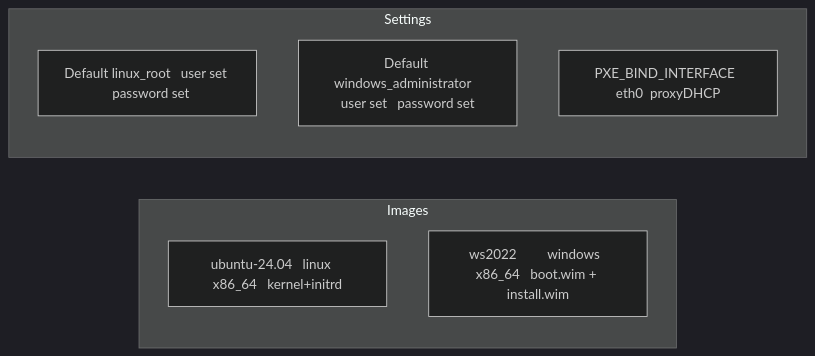
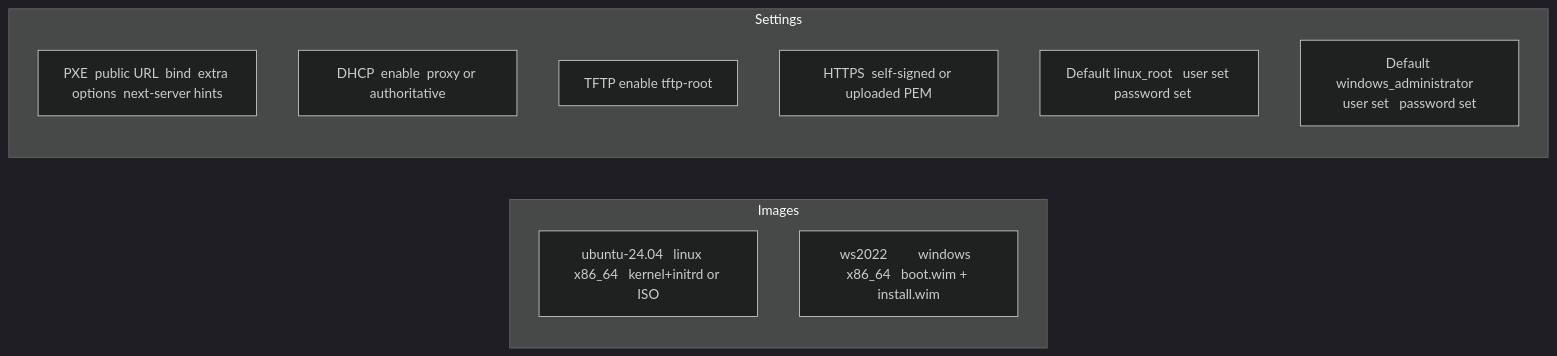
Diagram 14 of 24 in ARCHITECTURE.md (hometinker12/home-lab-pxe), drawn with Mermaid (dark theme) before and after one commit. The commit also changed other lines of this file and 47 other files, not shown here.

First line of the commit message:
Ship console DHCP, images, HTTPS, and Docker Hub publish

````diff
--- a/ARCHITECTURE.md
+++ b/ARCHITECTURE.md
@@ -304,12 +313,15 @@
 ```mermaid
 flowchart LR
   subgraph images["Images"]
-    Limg["ubuntu-24.04   linux    x86_64   kernel+initrd"]
+    Limg["ubuntu-24.04   linux    x86_64   kernel+initrd or ISO"]
     Wimg["ws2022         windows  x86_64   boot.wim + install.wim"]
   end
   subgraph settings["Settings"]
+    Pxe["PXE  public URL  bind  extra options  next-server hints"]
+    Dhcp["DHCP  enable  proxy or authoritative"]
+    Tftp["TFTP  enable  tftp-root"]
+    Tls["HTTPS  self-signed or uploaded PEM"]
     DefL["Default linux_root   user set   password set"]
     DefW["Default windows_administrator   user set   password set"]
-    Bind["PXE_BIND_INTERFACE  eth0  proxyDHCP"]
   end
 ```
````
